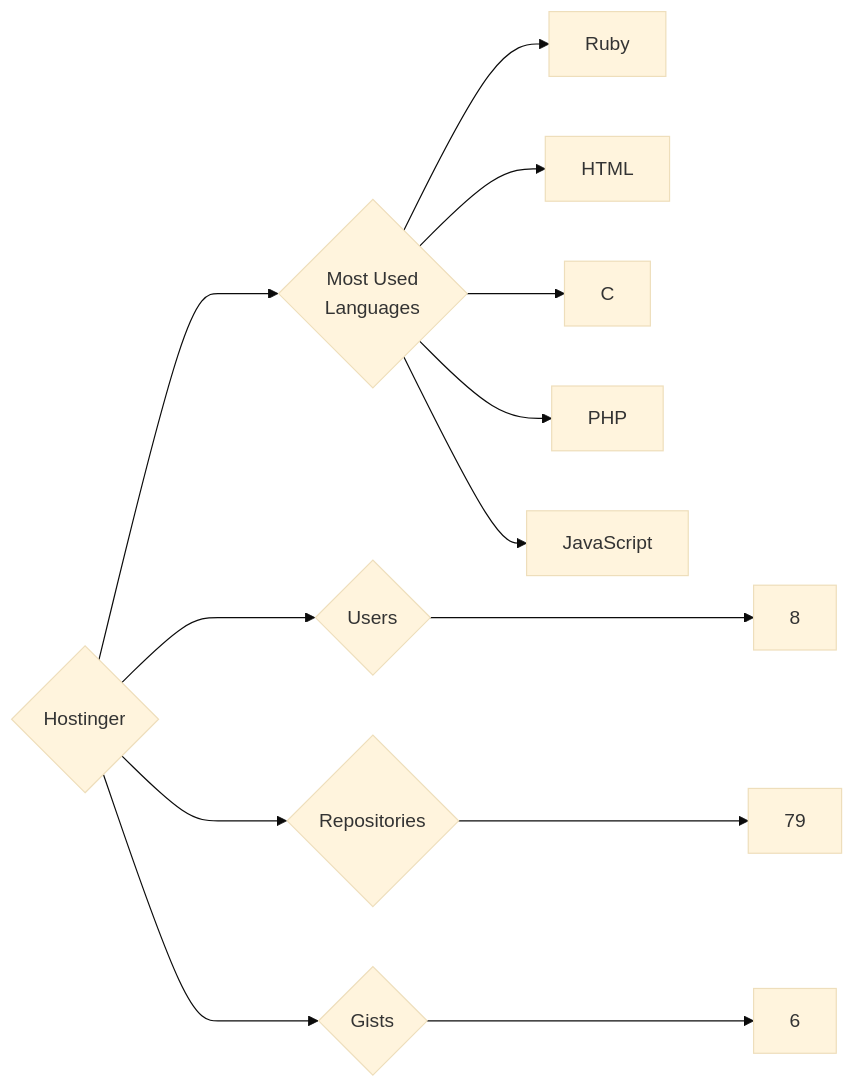
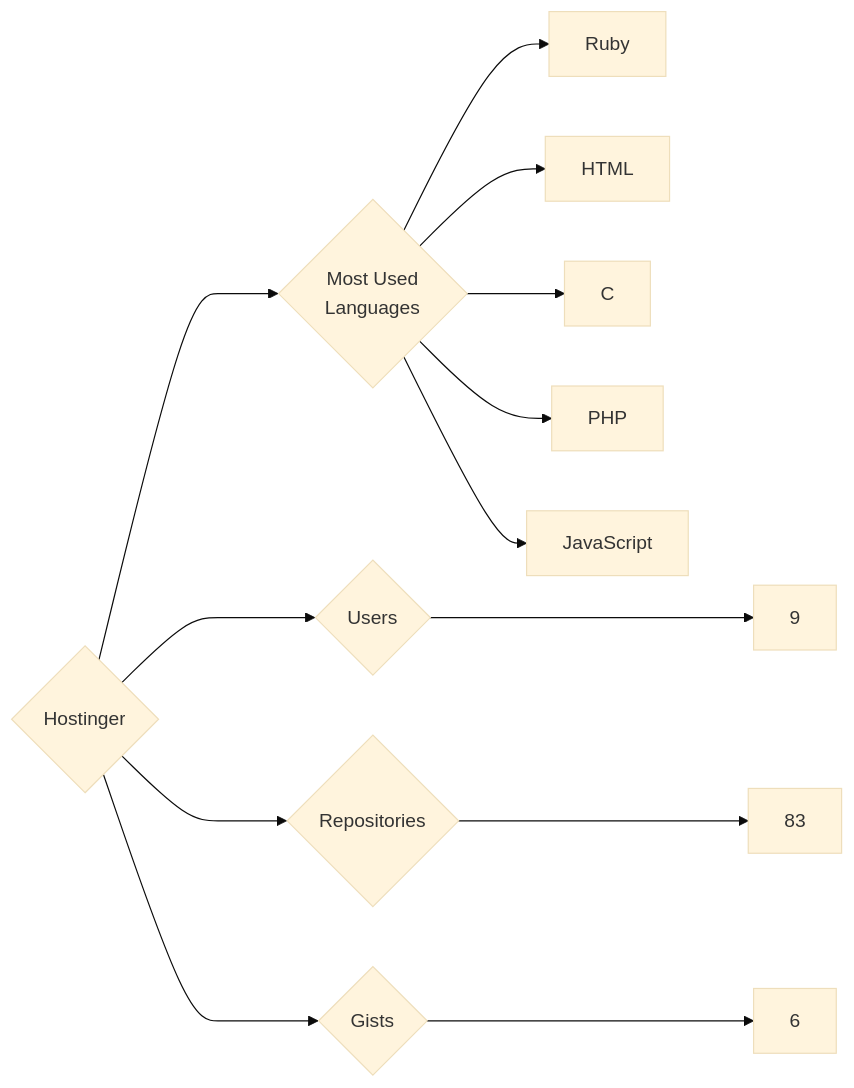
Before and after one commit to trickest/insiders: the diagram in targets/Hostinger/README.md, drawn with Mermaid (base theme). The commit also changed 823 other files, not shown here.

````diff
--- a/targets/Hostinger/README.md
+++ b/targets/Hostinger/README.md
@@ -3,13 +3,13 @@
 ```mermaid
 graph LR
 COMPANY_NAME{Hostinger}
-COMPANY_NAME ---> U{Users} ---> UN[8]
-COMPANY_NAME ---> R{Repositories} ---> RN[79]
+COMPANY_NAME ---> U{Users} ---> UN[9]
+COMPANY_NAME ---> R{Repositories} ---> RN[83]
 COMPANY_NAME ---> G{Gists} ---> GN[6]
 COMPANY_NAME ---> ML{Most Used<br>Languages}
 ML --> Ruby[Ruby]
 ML --> HTML[HTML]
 ML --> C[C]
 ML --> PHP[PHP]
 ML --> JavaScript[JavaScript]
 ```
````
